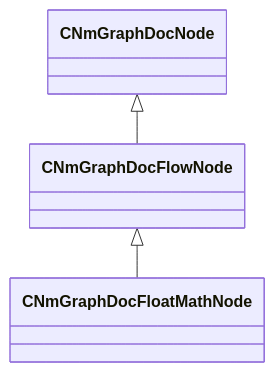
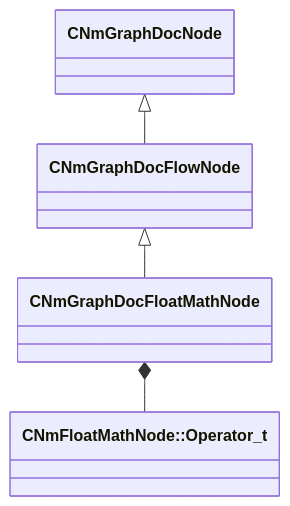
Before and after one commit to CS2OpenDev/CS2OpenDev-Docs: the diagram in docs/generated/schemas/animdoclib/CNmGraphDocFloatMathNode.md, drawn with Mermaid. The commit also changed other lines of this file and 4525 other files, not shown here.

````diff
--- a/docs/generated/schemas/animdoclib/CNmGraphDocFloatMathNode.md
+++ b/docs/generated/schemas/animdoclib/CNmGraphDocFloatMathNode.md
@@ -17,5 +19,6 @@
 ```mermaid
 classDiagram
     CNmGraphDocFlowNode <|-- CNmGraphDocFloatMathNode
     CNmGraphDocNode <|-- CNmGraphDocFlowNode
+    CNmGraphDocFloatMathNode *-- `CNmFloatMathNode::Operator_t`
 ```
````
